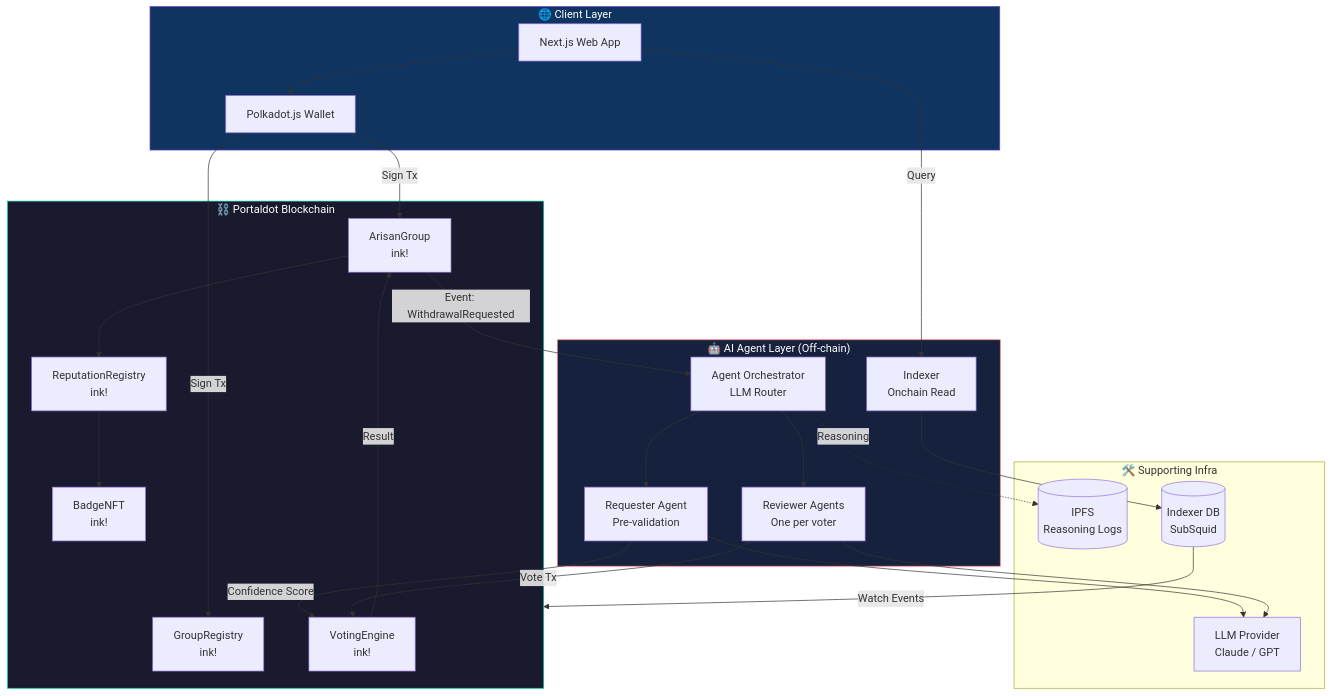
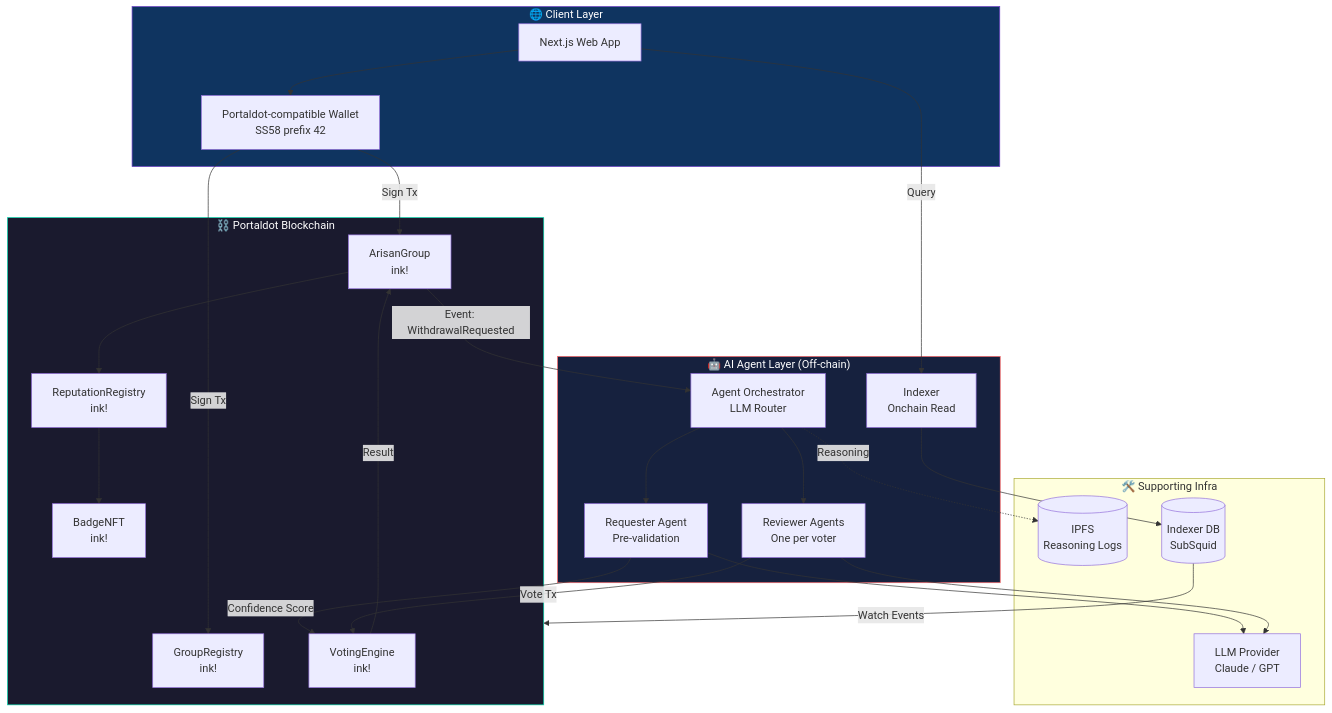
One commit to EzraNahumury/auralis changed the first of 9 diagrams in README.md. Above: the diagram before and after it, drawn with Mermaid. The commit also changed other lines of this file, not shown here.

First line of the commit message:
docs: align README with Portaldot-native stack

````diff
--- a/README.md
+++ b/README.md
@@ -116,53 +140,53 @@
 ```mermaid
 flowchart TB
     subgraph Client["🌐 Client Layer"]
         WEB[Next.js Web App]
-        WALLET[Polkadot.js Wallet]
+        WALLET[Portaldot-compatible Wallet<br/>SS58 prefix 42]
     end
 
     subgraph AI["🤖 AI Agent Layer (Off-chain)"]
         REQAGENT[Requester Agent<br/>Pre-validation]
         REVAGENT[Reviewer Agents<br/>One per voter]
         ORCH[Agent Orchestrator<br/>LLM Router]
         IDX[Indexer<br/>Onchain Read]
     end
 
     subgraph Chain["⛓️ Portaldot Blockchain"]
         SC1[GroupRegistry<br/>ink!]
         SC2[ArisanGroup<br/>ink!]
         SC3[ReputationRegistry<br/>ink!]
         SC4[BadgeNFT<br/>ink!]
         SC5[VotingEngine<br/>ink!]
     end
 
     subgraph Infra["🛠️ Supporting Infra"]
         LLM[LLM Provider<br/>Claude / GPT]
         IPFS[(IPFS<br/>Reasoning Logs)]
         SUBSQUID[(Indexer DB<br/>SubSquid)]
     end
 
     WEB --> WALLET
     WALLET -->|Sign Tx| SC1
     WALLET -->|Sign Tx| SC2
     WEB -->|Query| IDX
 
     SC2 -->|Event: WithdrawalRequested| ORCH
     ORCH --> REQAGENT
     REQAGENT --> LLM
     REQAGENT -->|Confidence Score| SC5
     ORCH --> REVAGENT
     REVAGENT --> LLM
     REVAGENT -->|Vote Tx| SC5
 
     SC5 -->|Result| SC2
     SC2 --> SC3
     SC3 --> SC4
 
     IDX --> SUBSQUID
     SUBSQUID -->|Watch Events| Chain
     ORCH -.Reasoning.-> IPFS
 
     style Chain fill:#1a1a2e,stroke:#00d4aa,color:#fff
     style AI fill:#16213e,stroke:#ff6b6b,color:#fff
     style Client fill:#0f3460,stroke:#6e40c9,color:#fff
 ```
````
